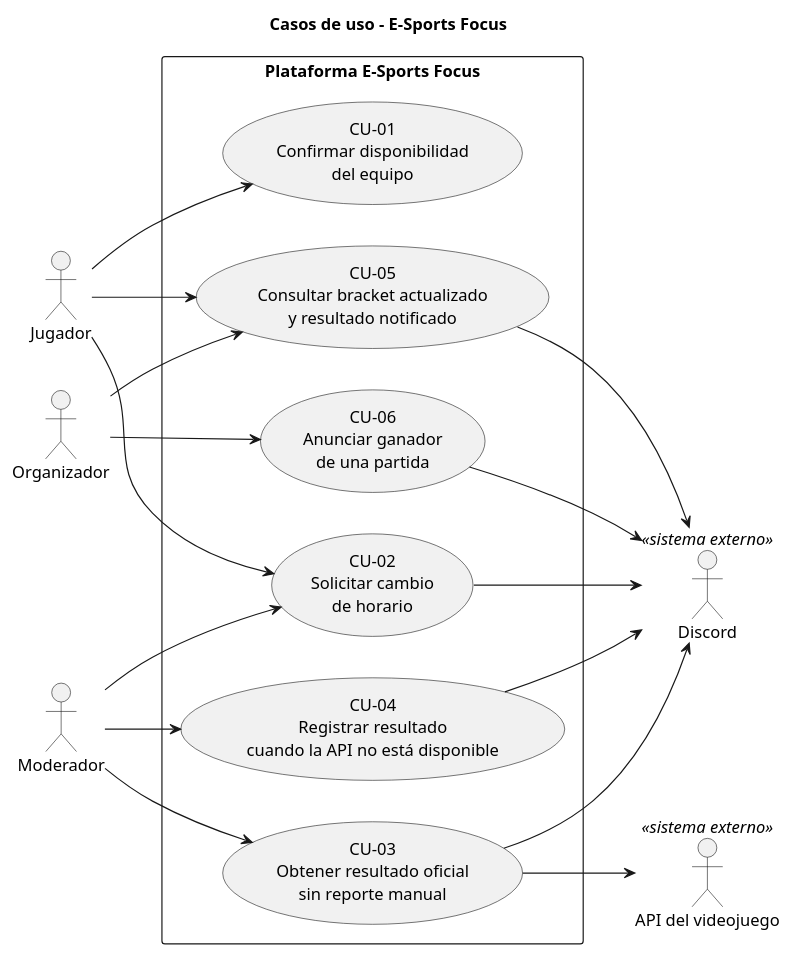
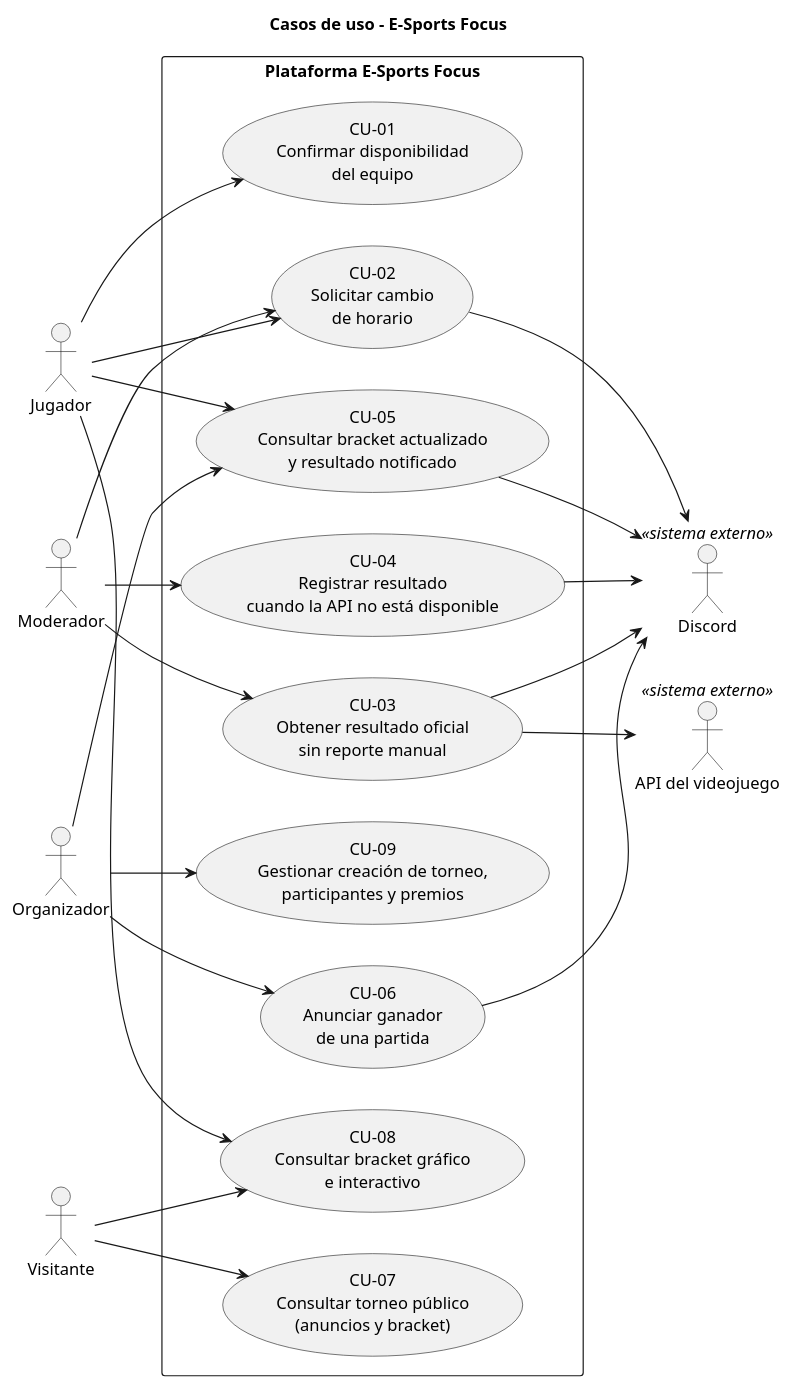
Before and after one commit to E-SportsFocus/Organizacion_de_torneos: the diagram in diagramas/casos-de-uso.puml, drawn with PlantUML. The commit also changed 24 other files, not shown here.

Commit message:
docs: archivar cambio OpenSpec HU-09, actualizar diagramas PlantUML y regenerar todos los artefactos PNG

```diff
--- a/diagramas/casos-de-uso.puml
+++ b/diagramas/casos-de-uso.puml
@@ -1,36 +1,44 @@
 @startuml casos-de-uso
 title Casos de uso - E-Sports Focus
 left to right direction
 
 actor Jugador
 actor Moderador
 actor Organizador
+actor Visitante
 
 rectangle "Plataforma E-Sports Focus" {
   usecase "CU-01\nConfirmar disponibilidad\ndel equipo" as CU01
   usecase "CU-02\nSolicitar cambio\nde horario" as CU02
   usecase "CU-03\nObtener resultado oficial\nsin reporte manual" as CU03
   usecase "CU-04\nRegistrar resultado\ncuando la API no está disponible" as CU04
   usecase "CU-05\nConsultar bracket actualizado\ny resultado notificado" as CU05
   usecase "CU-06\nAnunciar ganador\nde una partida" as CU06
+  usecase "CU-07\nConsultar torneo público\n(anuncios y bracket)" as CU07
+  usecase "CU-08\nConsultar bracket gráfico\ne interactivo" as CU08
+  usecase "CU-09\nGestionar creación de torneo,\nparticipantes y premios" as CU09
 }
 
 actor "API del videojuego" as API <<sistema externo>>
 actor "Discord" as DC <<sistema externo>>
 
 Jugador --> CU01
 Jugador --> CU02
 Jugador --> CU05
+Jugador --> CU08
 Moderador --> CU02
 Moderador --> CU03
 Moderador --> CU04
 Organizador --> CU05
 Organizador --> CU06
+Organizador --> CU09
+Visitante --> CU07
+Visitante --> CU08
 
 CU03 --> API
 CU02 --> DC
 CU03 --> DC
 CU04 --> DC
 CU05 --> DC
 CU06 --> DC
 @enduml
```
